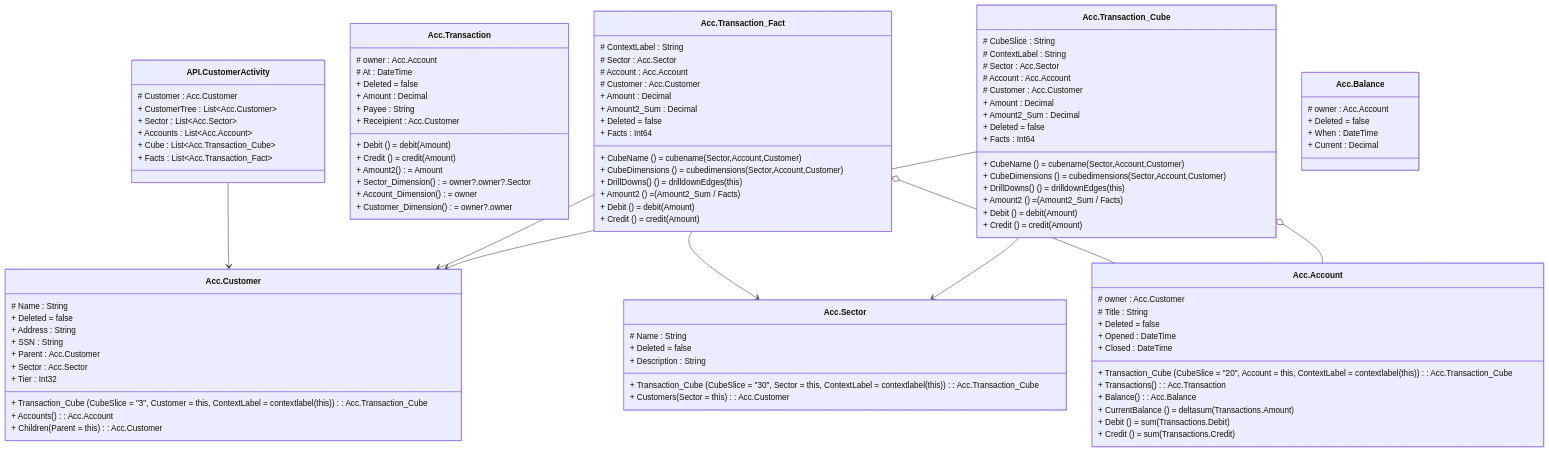
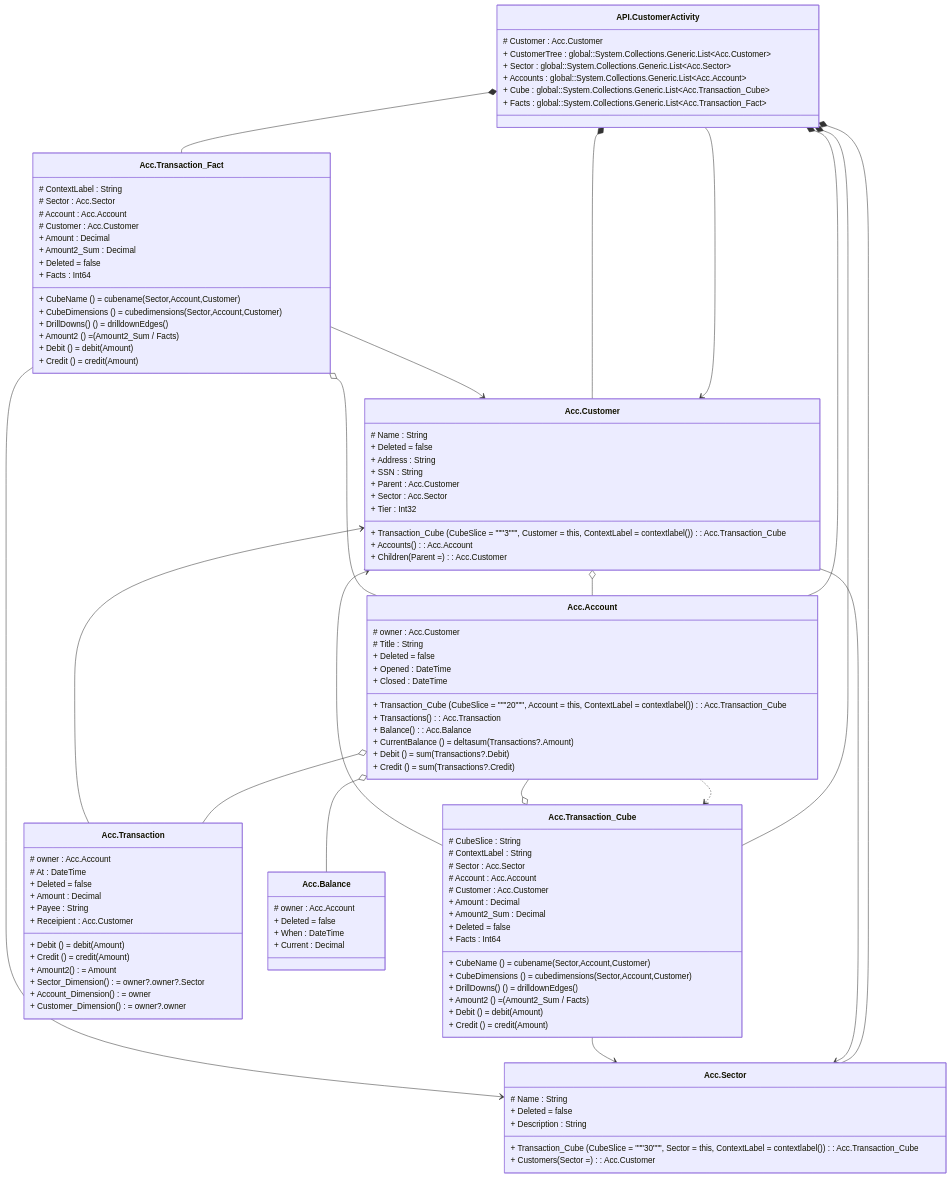
The diagram in examples/Account/Account-physical.md (channell/Hiperspace), drawn with Mermaid before and after one commit. The commit also changed other lines of this file and 2496 other files, not shown here.

````diff
--- a/examples/Account/Account-physical.md
+++ b/examples/Account/Account-physical.md
@@ -3,19 +3,39 @@
 classDiagram
     class API.CustomerActivity {
         # Customer  : Acc.Customer
-        + CustomerTree  : List~Acc.Customer~
-        + Sector  : List~Acc.Sector~
-        + Accounts  : List~Acc.Account~
-        + Cube  : List~Acc.Transaction_Cube~
-        + Facts  : List~Acc.Transaction_Fact~
+        + CustomerTree  : global::System.Collections.Generic.List~Acc.Customer~
+        + Sector  : global::System.Collections.Generic.List~Acc.Sector~
+        + Accounts  : global::System.Collections.Generic.List~Acc.Account~
+        + Cube  : global::System.Collections.Generic.List~Acc.Transaction_Cube~
+        + Facts  : global::System.Collections.Generic.List~Acc.Transaction_Fact~
     }
     API.CustomerActivity --> Acc.Customer
-    class Acc.Sector {
-        # Name  : String
+    API.CustomerActivity *-- Acc.Customer
+    API.CustomerActivity *-- Acc.Sector
+    API.CustomerActivity *-- Acc.Account
+    API.CustomerActivity *-- Acc.Transaction_Cube
+    API.CustomerActivity *-- Acc.Transaction_Fact
+    class Acc.Account {
+        # owner  : Acc.Customer
+        # Title  : String
         + Deleted  = false
-        + Description  : String
-        + Transaction_Cube (CubeSlice = "30", Sector = this, ContextLabel = contextlabel(this)) : Acc.Transaction_Cube
-        + Customers (Sector = this) : Acc.Customer
+        + Opened  : DateTime
+        + Closed  : DateTime
+        + Transaction_Cube (CubeSlice = """20""", Account = this, ContextLabel = contextlabel()) : Acc.Transaction_Cube
+        + Transactions () : Acc.Transaction
+        + Balance () : Acc.Balance
+        + CurrentBalance () = deltasum(Transactions?.Amount)
+        + Debit () = sum(Transactions?.Debit)
+        + Credit () = sum(Transactions?.Credit)
+    }
+    Acc.Account ..> Acc.Transaction_Cube
+    Acc.Account o-- Acc.Transaction
+    Acc.Account o-- Acc.Balance
+    class Acc.Balance {
+        # owner  : Acc.Account
+        + Deleted  = false
+        + When  : DateTime
+        + Current  : Decimal
     }
     class Acc.Customer {
         # Name  : String
@@ -25,22 +45,18 @@
         + Parent  : Acc.Customer
         + Sector  : Acc.Sector
         + Tier  : Int32
-        + Transaction_Cube (CubeSlice = "3", Customer = this, ContextLabel = contextlabel(this)) : Acc.Transaction_Cube
+        + Transaction_Cube (CubeSlice = """3""", Customer = this, ContextLabel = contextlabel()) : Acc.Transaction_Cube
         + Accounts () : Acc.Account
-        + Children (Parent = this) : Acc.Customer
+        + Children (Parent = ) : Acc.Customer
     }
-    class Acc.Account {
-        # owner  : Acc.Customer
-        # Title  : String
+    Acc.Customer --> Acc.Sector
+    Acc.Customer o-- Acc.Account
+    class Acc.Sector {
+        # Name  : String
         + Deleted  = false
-        + Opened  : DateTime
-        + Closed  : DateTime
-        + Transaction_Cube (CubeSlice = "20", Account = this, ContextLabel = contextlabel(this)) : Acc.Transaction_Cube
-        + Transactions () : Acc.Transaction
-        + Balance () : Acc.Balance
-        + CurrentBalance () = deltasum(Transactions.Amount)
-        + Debit () = sum(Transactions.Debit)
-        + Credit () = sum(Transactions.Credit)
+        + Description  : String
+        + Transaction_Cube (CubeSlice = """30""", Sector = this, ContextLabel = contextlabel()) : Acc.Transaction_Cube
+        + Customers (Sector = ) : Acc.Customer
     }
     class Acc.Transaction {
         # owner  : Acc.Account
@@ -56,25 +72,7 @@
         + Account_Dimension () = owner
         + Customer_Dimension () = owner?.owner
     }
-    class Acc.Transaction_Fact {
-        # ContextLabel  : String
-        # Sector  : Acc.Sector
-        # Account  : Acc.Account
-        # Customer  : Acc.Customer
-        + Amount  : Decimal
-        + Amount2_Sum  : Decimal
-        + Deleted  = false
-        + Facts  : Int64
-        + CubeName () = cubename(Sector,Account,Customer)
-        + CubeDimensions () = cubedimensions(Sector,Account,Customer)
-        + DrillDowns() () = drilldownEdges(this)
-        + Amount2 () = (Amount2_Sum / Facts)
-        + Debit () = debit(Amount)
-        + Credit () = credit(Amount)
-    }
-    Acc.Transaction_Fact --> Acc.Sector
-    Acc.Transaction_Fact o-- Acc.Account
-    Acc.Transaction_Fact --> Acc.Customer
+    Acc.Transaction --> Acc.Customer
     class Acc.Transaction_Cube {
         # CubeSlice  : String
         # ContextLabel  : String
@@ -87,7 +85,7 @@
         + Facts  : Int64
         + CubeName () = cubename(Sector,Account,Customer)
         + CubeDimensions () = cubedimensions(Sector,Account,Customer)
-        + DrillDowns() () = drilldownEdges(this)
+        + DrillDowns() () = drilldownEdges()
         + Amount2 () = (Amount2_Sum / Facts)
         + Debit () = debit(Amount)
         + Credit () = credit(Amount)
@@ -95,11 +93,24 @@
     Acc.Transaction_Cube --> Acc.Sector
     Acc.Transaction_Cube o-- Acc.Account
     Acc.Transaction_Cube --> Acc.Customer
-    class Acc.Balance {
-        # owner  : Acc.Account
+    class Acc.Transaction_Fact {
+        # ContextLabel  : String
+        # Sector  : Acc.Sector
+        # Account  : Acc.Account
+        # Customer  : Acc.Customer
+        + Amount  : Decimal
+        + Amount2_Sum  : Decimal
         + Deleted  = false
-        + When  : DateTime
-        + Current  : Decimal
+        + Facts  : Int64
+        + CubeName () = cubename(Sector,Account,Customer)
+        + CubeDimensions () = cubedimensions(Sector,Account,Customer)
+        + DrillDowns() () = drilldownEdges()
+        + Amount2 () = (Amount2_Sum / Facts)
+        + Debit () = debit(Amount)
+        + Credit () = credit(Amount)
     }
+    Acc.Transaction_Fact --> Acc.Sector
+    Acc.Transaction_Fact o-- Acc.Account
+    Acc.Transaction_Fact --> Acc.Customer
 
 ```
````
